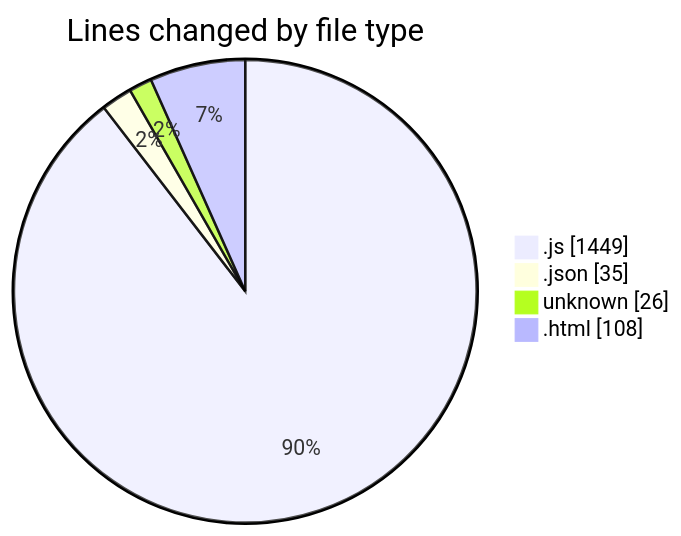
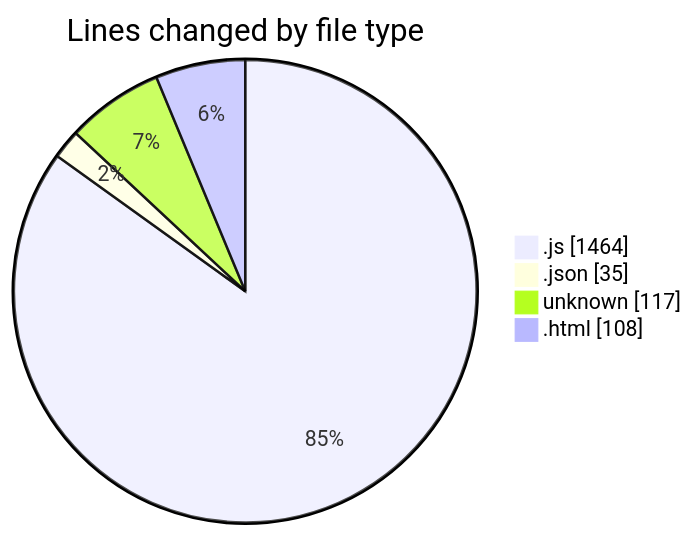
Before and after one commit to becaeroporto-bot/code-tracking: the first of 2 diagrams in 2026-02-20/bot_i_a/README.md, drawn with Mermaid. The commit also changed other lines of this file and 1 other file, not shown here.

````diff
--- a/2026-02-20/bot_i_a/README.md
+++ b/2026-02-20/bot_i_a/README.md
@@ -37,8 +38,8 @@
 ```mermaid
 pie showData
 title Lines changed by file type
-".js" : 1449
+".js" : 1464
 ".json" : 35
-"unknown" : 26
+"unknown" : 117
 ".html" : 108
 ```
````
